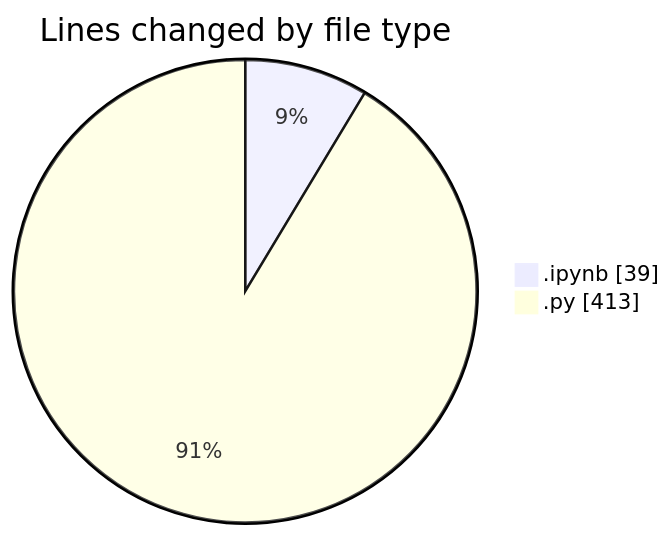
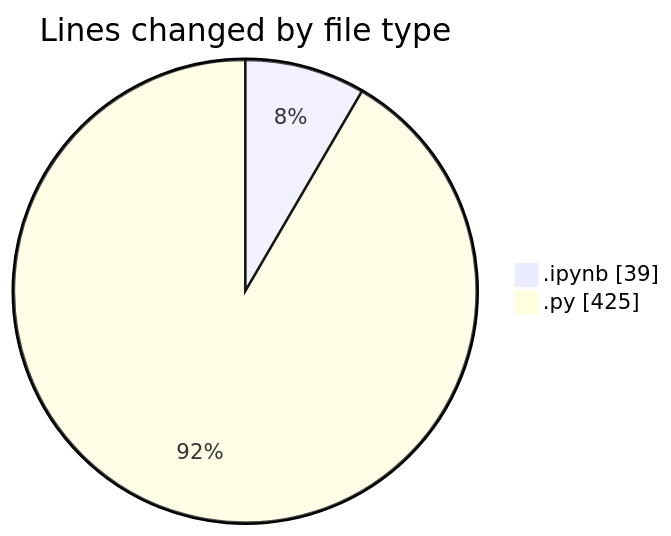
One commit to MatusMokan/code-tracking changed the first of 2 diagrams in 2025-03-15/myws__workspace_/README.md. Above: the diagram before and after it, drawn with Mermaid. The commit also changed other lines of this file and 1 other file, not shown here.

````diff
--- a/2025-03-15/myws__workspace_/README.md
+++ b/2025-03-15/myws__workspace_/README.md
@@ -21,6 +21,6 @@
 ```mermaid
 pie showData
 title Lines changed by file type
 ".ipynb" : 39
-".py" : 413
+".py" : 425
 ```
````
